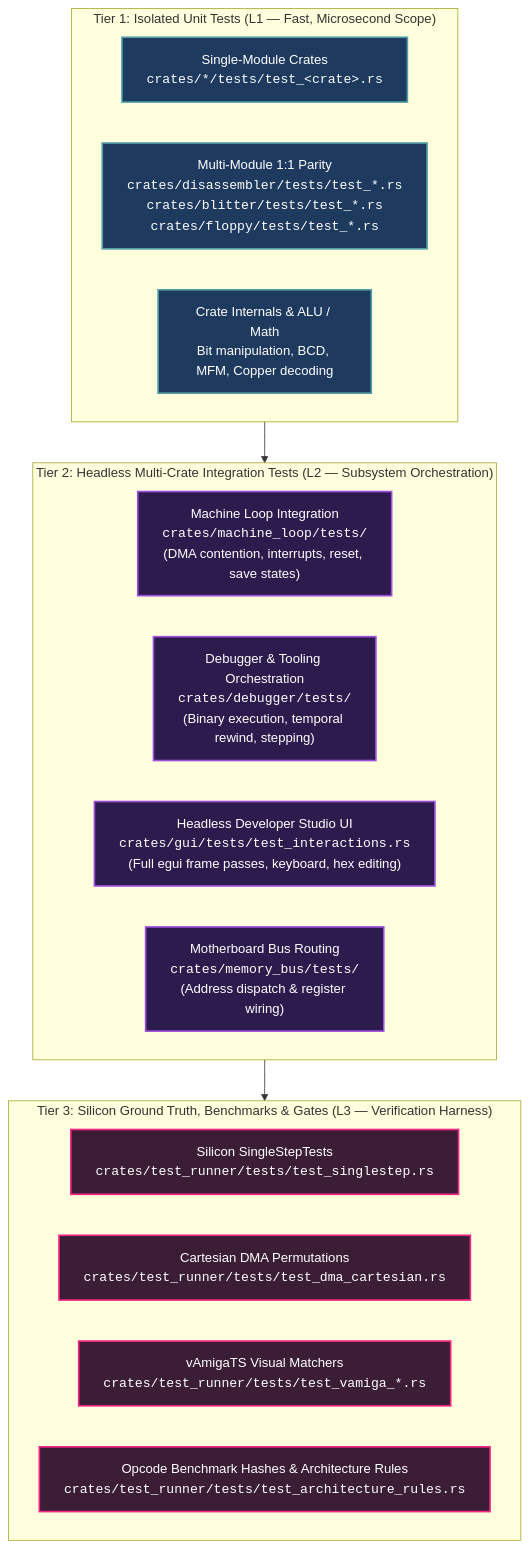
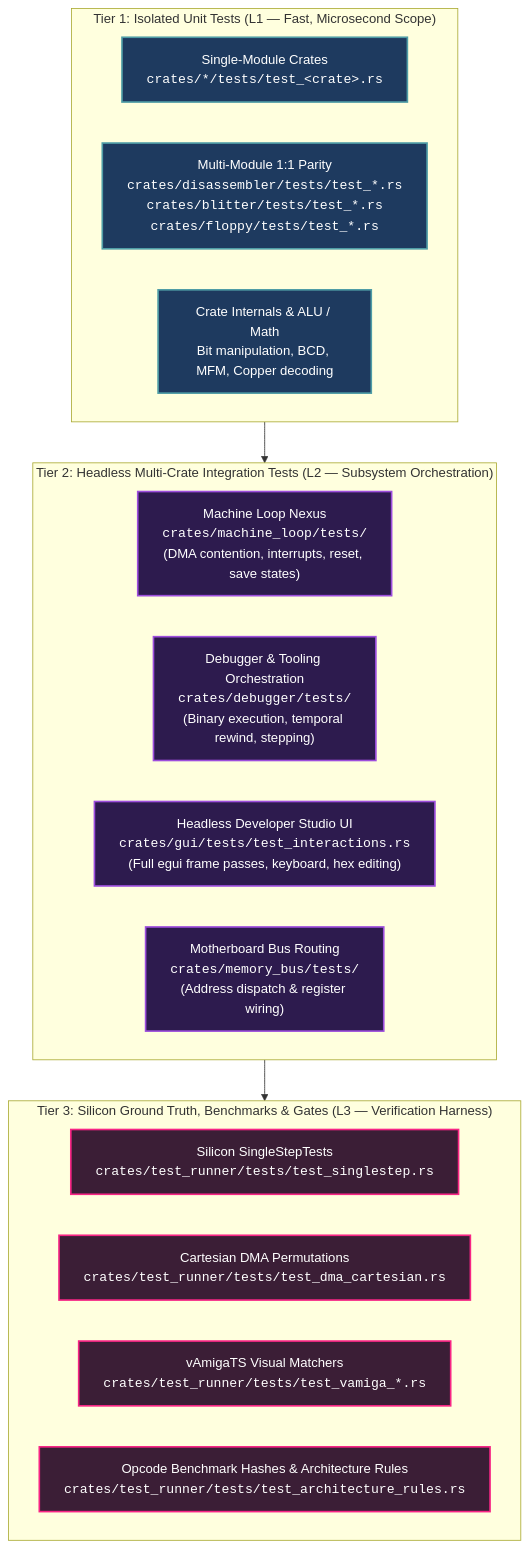
The diagram in Obsidian/Amiga/Design/Testing Strategy and Quality Assurance.md (tomek-anuszkiewicz/amiga-studio), drawn with Mermaid before and after one commit. The commit also changed other lines of this file and 15 other files, not shown here.

First line of the commit message:
feat(test): introduce Tier 2 whole-machine integration test suite and subsystem policy

````diff
--- a/Obsidian/Amiga/Design/Testing Strategy and Quality Assurance.md
+++ b/Obsidian/Amiga/Design/Testing Strategy and Quality Assurance.md
@@ -24,29 +24,29 @@
 ```mermaid
 graph TD
     classDef t1 fill:#1e3a5f,stroke:#4f9da6,stroke-width:2px,color:#ffffff;
     classDef t2 fill:#2d1b4e,stroke:#9d4edd,stroke-width:2px,color:#ffffff;
     classDef t3 fill:#3b1e36,stroke:#f72585,stroke-width:2px,color:#ffffff;
 
     subgraph Tier1["Tier 1: Isolated Unit Tests (L1 — Fast, Microsecond Scope)"]
         U1["Single-Module Crates<br/><code>crates/*/tests/test_&lt;crate&gt;.rs</code>"]:::t1
         U2["Multi-Module 1:1 Parity<br/><code>crates/disassembler/tests/test_*.rs</code><br/><code>crates/blitter/tests/test_*.rs</code><br/><code>crates/floppy/tests/test_*.rs</code>"]:::t1
         U3["Crate Internals & ALU / Math<br/>Bit manipulation, BCD, MFM, Copper decoding"]:::t1
     end
 
     subgraph Tier2["Tier 2: Headless Multi-Crate Integration Tests (L2 — Subsystem Orchestration)"]
-        I1["Machine Loop Integration<br/><code>crates/machine_loop/tests/</code><br/>(DMA contention, interrupts, reset, save states)"]:::t2
+        I1["Machine Loop Nexus<br/><code>crates/machine_loop/tests/</code><br/>(DMA contention, interrupts, reset, save states)"]:::t2
         I2["Debugger & Tooling Orchestration<br/><code>crates/debugger/tests/</code><br/>(Binary execution, temporal rewind, stepping)"]:::t2
         I3["Headless Developer Studio UI<br/><code>crates/gui/tests/test_interactions.rs</code><br/>(Full egui frame passes, keyboard, hex editing)"]:::t2
         I4["Motherboard Bus Routing<br/><code>crates/memory_bus/tests/</code><br/>(Address dispatch & register wiring)"]:::t2
     end
 
     subgraph Tier3["Tier 3: Silicon Ground Truth, Benchmarks & Gates (L3 — Verification Harness)"]
         V1["Silicon SingleStepTests<br/><code>crates/test_runner/tests/test_singlestep.rs</code>"]:::t3
         V2["Cartesian DMA Permutations<br/><code>crates/test_runner/tests/test_dma_cartesian.rs</code>"]:::t3
         V3["vAmigaTS Visual Matchers<br/><code>crates/test_runner/tests/test_vamiga_*.rs</code>"]:::t3
         V4["Opcode Benchmark Hashes & Architecture Rules<br/><code>crates/test_runner/tests/test_architecture_rules.rs</code>"]:::t3
     end
 
     Tier1 --> Tier2
     Tier2 --> Tier3
 ```
````
